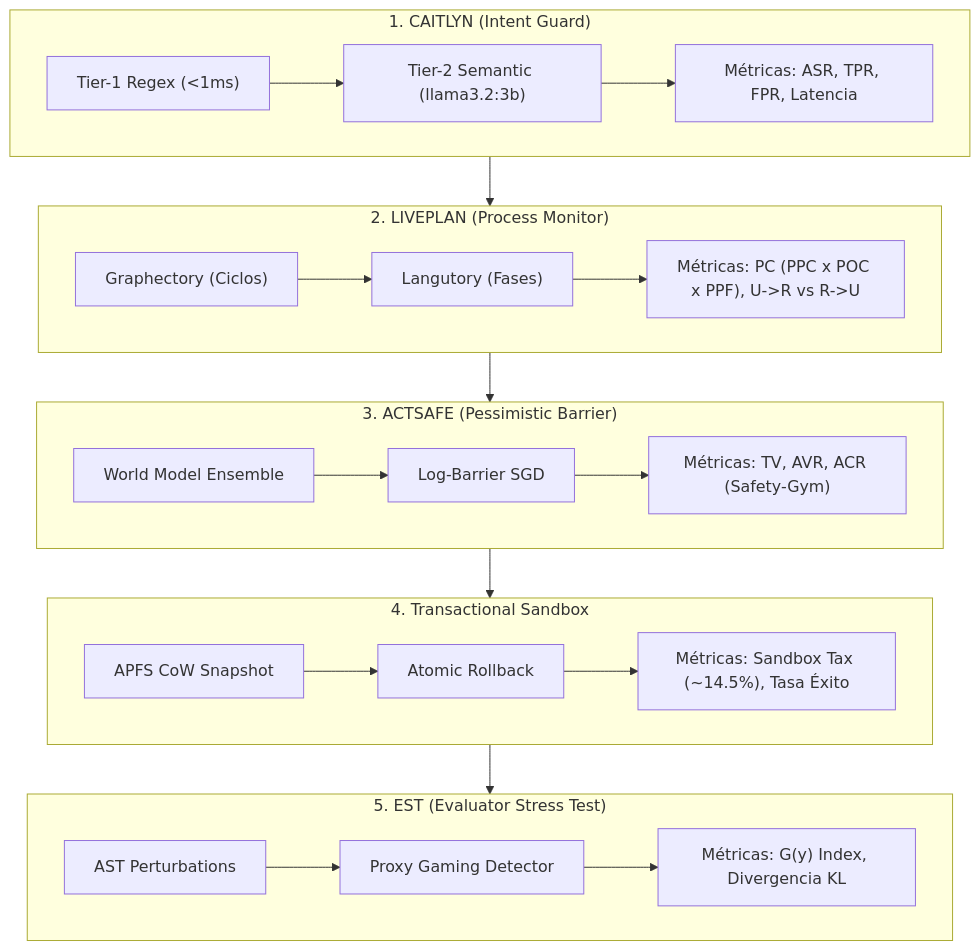
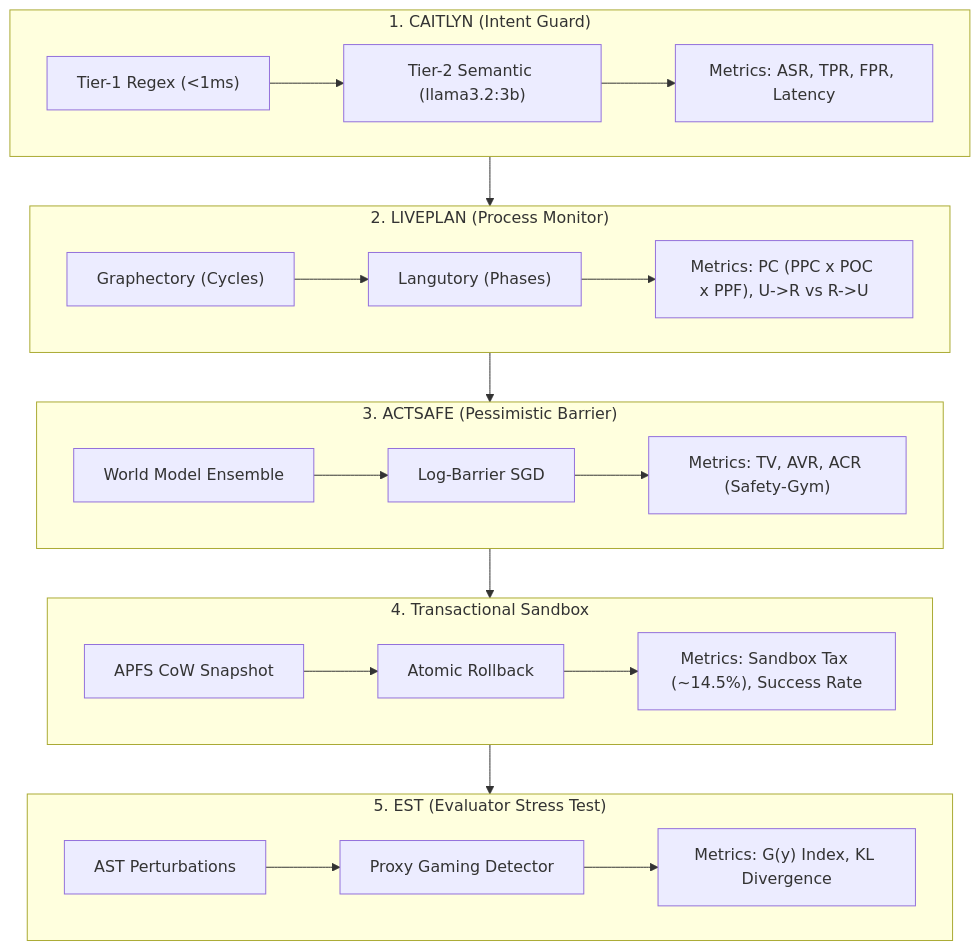
The diagram in EVALUATION_REPORT.md (francodemare/security_agents_workshoop), drawn with Mermaid before and after one commit. The commit also changed other lines of this file and 14 other files, not shown here.

````diff
--- a/EVALUATION_REPORT.md
+++ b/EVALUATION_REPORT.md
@@ -32,29 +32,29 @@
 ```mermaid
 flowchart TD
     subgraph Layer1["1. CAITLYN (Intent Guard)"]
         A1["Tier-1 Regex (<1ms)"] --> A2["Tier-2 Semantic (llama3.2:3b)"]
-        A2 --> A3["Métricas: ASR, TPR, FPR, Latencia"]
+        A2 --> A3["Metrics: ASR, TPR, FPR, Latency"]
     end
 
     subgraph Layer2["2. LIVEPLAN (Process Monitor)"]
-        B1["Graphectory (Ciclos)"] --> B2["Langutory (Fases)"]
-        B2 --> B3["Métricas: PC (PPC x POC x PPF), U->R vs R->U"]
+        B1["Graphectory (Cycles)"] --> B2["Langutory (Phases)"]
+        B2 --> B3["Metrics: PC (PPC x POC x PPF), U->R vs R->U"]
     end
 
     subgraph Layer3["3. ACTSAFE (Pessimistic Barrier)"]
         C1["World Model Ensemble"] --> C2["Log-Barrier SGD"]
-        C2 --> C3["Métricas: TV, AVR, ACR (Safety-Gym)"]
+        C2 --> C3["Metrics: TV, AVR, ACR (Safety-Gym)"]
     end
 
     subgraph Layer4["4. Transactional Sandbox"]
         D1["APFS CoW Snapshot"] --> D2["Atomic Rollback"]
-        D2 --> D3["Métricas: Sandbox Tax (~14.5%), Tasa Éxito"]
+        D2 --> D3["Metrics: Sandbox Tax (~14.5%), Success Rate"]
     end
 
     subgraph Layer5["5. EST (Evaluator Stress Test)"]
         E1["AST Perturbations"] --> E2["Proxy Gaming Detector"]
-        E2 --> E3["Métricas: G(y) Index, Divergencia KL"]
+        E2 --> E3["Metrics: G(y) Index, KL Divergence"]
     end
 
     Layer1 --> Layer2 --> Layer3 --> Layer4 --> Layer5
 ```
````
